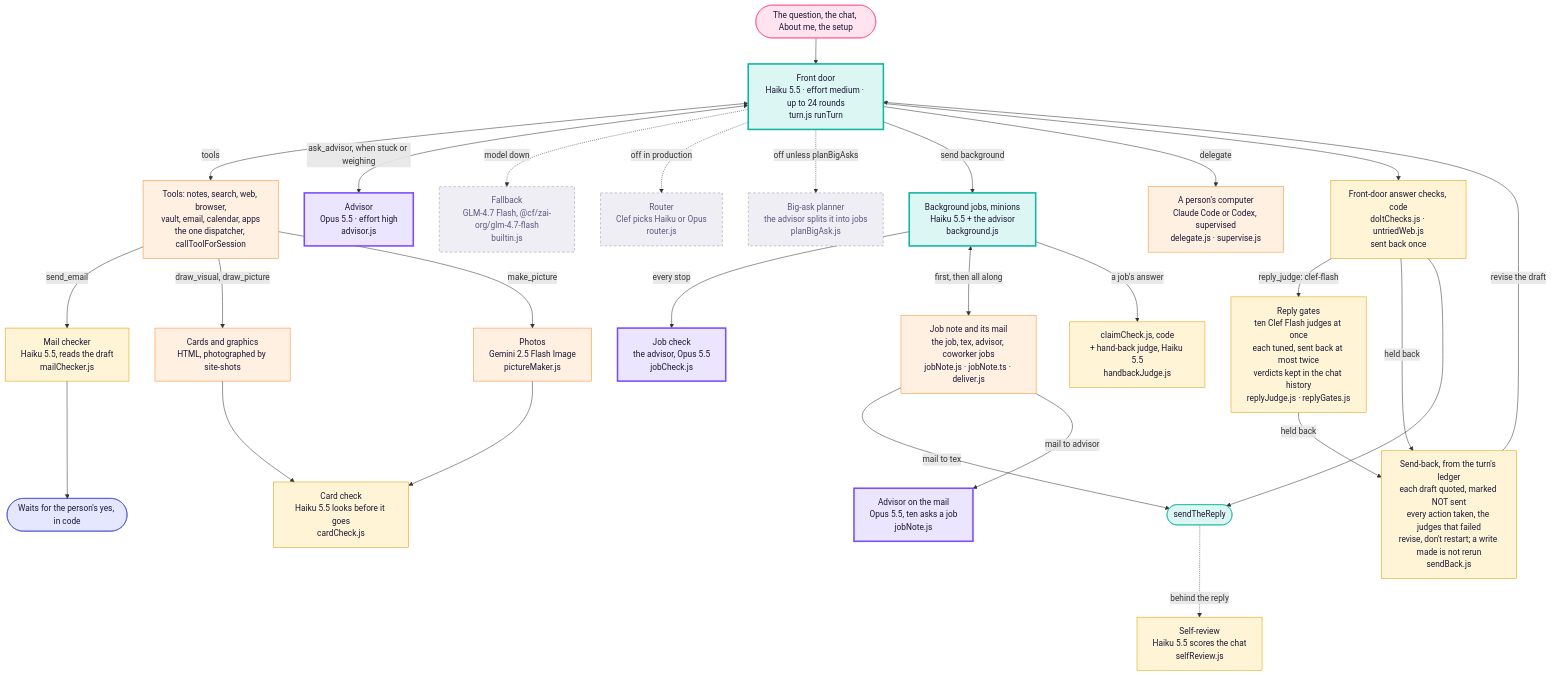
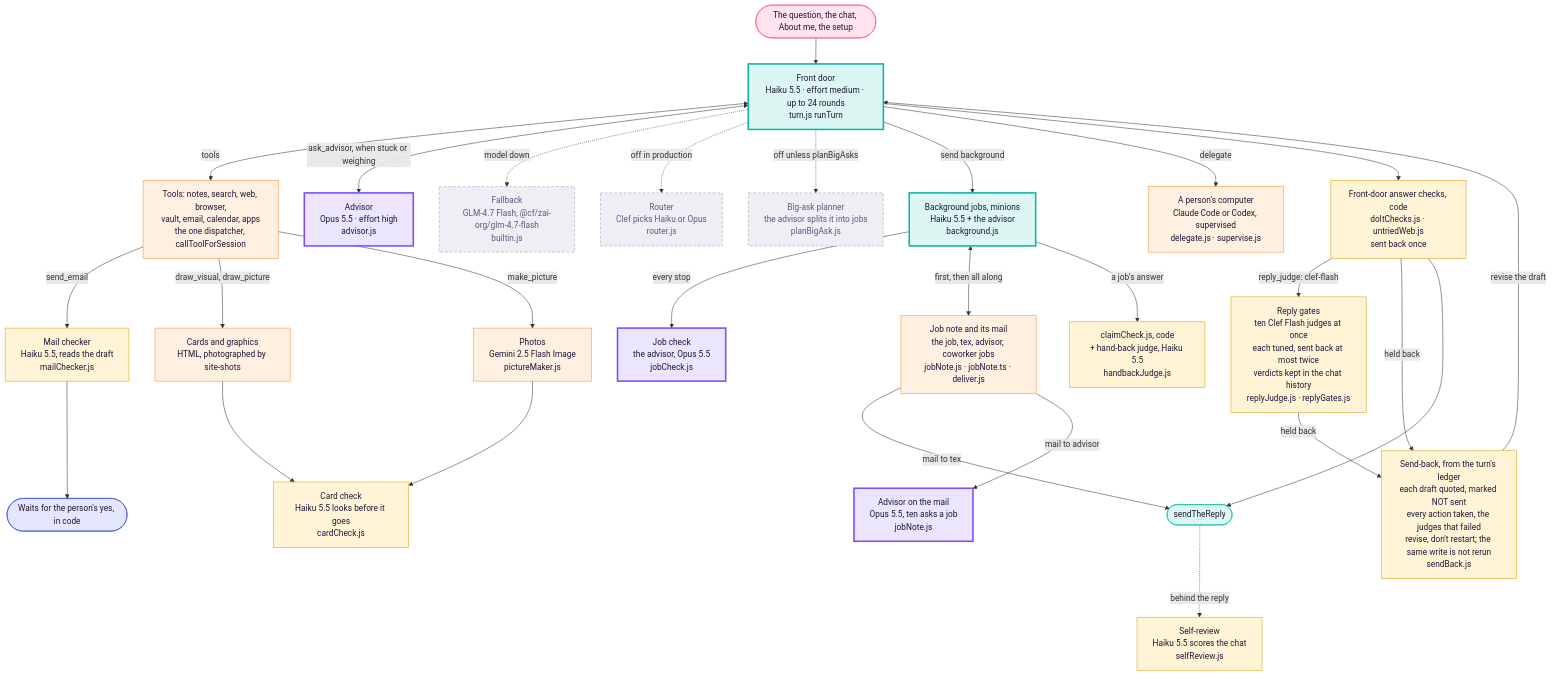
The third of 3 diagrams in docs/architecture/tex.md (Supa-Media/context), drawn with Mermaid before and after one commit. The commit also changed other lines of this file and 4 other files, not shown here.

First line of the commit message:
Refuse only the same write with the same arguments after a send-back

````diff
--- a/docs/architecture/tex.md
+++ b/docs/architecture/tex.md
@@ -110,42 +110,42 @@
 ```mermaid
 flowchart TB
   Q([The question, the chat, About me, the setup]):::you --> FD
   FD["Front door<br/>Haiku 5.5 · effort medium · up to 24 rounds<br/>turn.js runTurn"]:::haiku
   FD <-->|tools| T["Tools: notes, search, web, browser,<br/>vault, email, calendar, apps<br/>the one dispatcher, callToolForSession"]:::tool
   FD <-->|ask_advisor, when stuck or weighing| ADV["Advisor<br/>Opus 5.5 · effort high<br/>advisor.js"]:::opus
   FD -. model down .-> FB["Fallback<br/>GLM-4.7 Flash, @cf/zai-org/glm-4.7-flash<br/>builtin.js"]:::off
   FD -. off in production .-> RT["Router<br/>Clef picks Haiku or Opus<br/>router.js"]:::off
   FD -. off unless planBigAsks .-> PL["Big-ask planner<br/>the advisor splits it into jobs<br/>planBigAsk.js"]:::off
 
   FD -->|send background| JOB["Background jobs, minions<br/>Haiku 5.5 + the advisor<br/>background.js"]:::haiku
   JOB -->|every stop| JC["Job check<br/>the advisor, Opus 5.5<br/>jobCheck.js"]:::opus
   JOB <-->|first, then all along| JN["Job note and its mail<br/>the job, tex, advisor, coworker jobs<br/>jobNote.js · jobNote.ts · deliver.js"]:::tool
   JN -->|mail to tex| SEND
   JN -->|mail to advisor| JNA["Advisor on the mail<br/>Opus 5.5, ten asks a job<br/>jobNote.js"]:::opus
   JOB -->|a job's answer| JCK["claimCheck.js, code<br/>+ hand-back judge, Haiku 5.5<br/>handbackJudge.js"]:::judge
   FD -->|delegate| DL["A person's computer<br/>Claude Code or Codex, supervised<br/>delegate.js · supervise.js"]:::tool
 
   T -->|send_email| MC["Mail checker<br/>Haiku 5.5, reads the draft<br/>mailChecker.js"]:::judge
   MC --> YES([Waits for the person's yes, in code]):::rail
   T -->|draw_visual, draw_picture| PIC["Cards and graphics<br/>HTML, photographed by site-shots"]:::tool
   T -->|make_picture| IMG["Photos<br/>Gemini 2.5 Flash Image<br/>pictureMaker.js"]:::tool
   PIC --> CC["Card check<br/>Haiku 5.5 looks before it goes<br/>cardCheck.js"]:::judge
   IMG --> CC
 
   FD --> CHK["Front-door answer checks, code<br/>doItChecks.js · untriedWeb.js<br/>sent back once"]:::judge
   CHK -->|reply_judge: clef-flash| RJ["Reply gates<br/>ten Clef Flash judges at once<br/>each tuned, sent back at most twice<br/>verdicts kept in the chat history<br/>replyJudge.js · replyGates.js"]:::judge
-  CHK -->|held back| SB["Send-back, from the turn's ledger<br/>each draft quoted, marked NOT sent<br/>every action taken, the judges that failed<br/>revise, don't restart; a write made is not rerun<br/>sendBack.js"]:::judge
+  CHK -->|held back| SB["Send-back, from the turn's ledger<br/>each draft quoted, marked NOT sent<br/>every action taken, the judges that failed<br/>revise, don't restart; the same write is not rerun<br/>sendBack.js"]:::judge
   RJ -->|held back| SB
   SB -->|revise the draft| FD
   CHK --> SEND([sendTheReply]):::door
   SEND -. behind the reply .-> SR["Self-review<br/>Haiku 5.5 scores the chat<br/>selfReview.js"]:::judge
 
   classDef you fill:#ffe3ee,stroke:#ff4f8b,color:#1d1838
   classDef haiku fill:#dcf7f3,stroke:#11b5a4,stroke-width:3px,color:#1d1838
   classDef opus fill:#ece5ff,stroke:#7b4dff,stroke-width:3px,color:#1d1838
   classDef judge fill:#fff5d6,stroke:#e09a00,color:#1d1838
   classDef tool fill:#fff0e2,stroke:#ff8a2a,color:#1d1838
   classDef rail fill:#e4e7ff,stroke:#3c4bd6,color:#1d1838
   classDef door fill:#dcf7f3,stroke:#11b5a4,color:#1d1838
   classDef off fill:#efeef4,stroke:#9a97b0,stroke-dasharray:5 4,color:#5d5880
 ```
````
